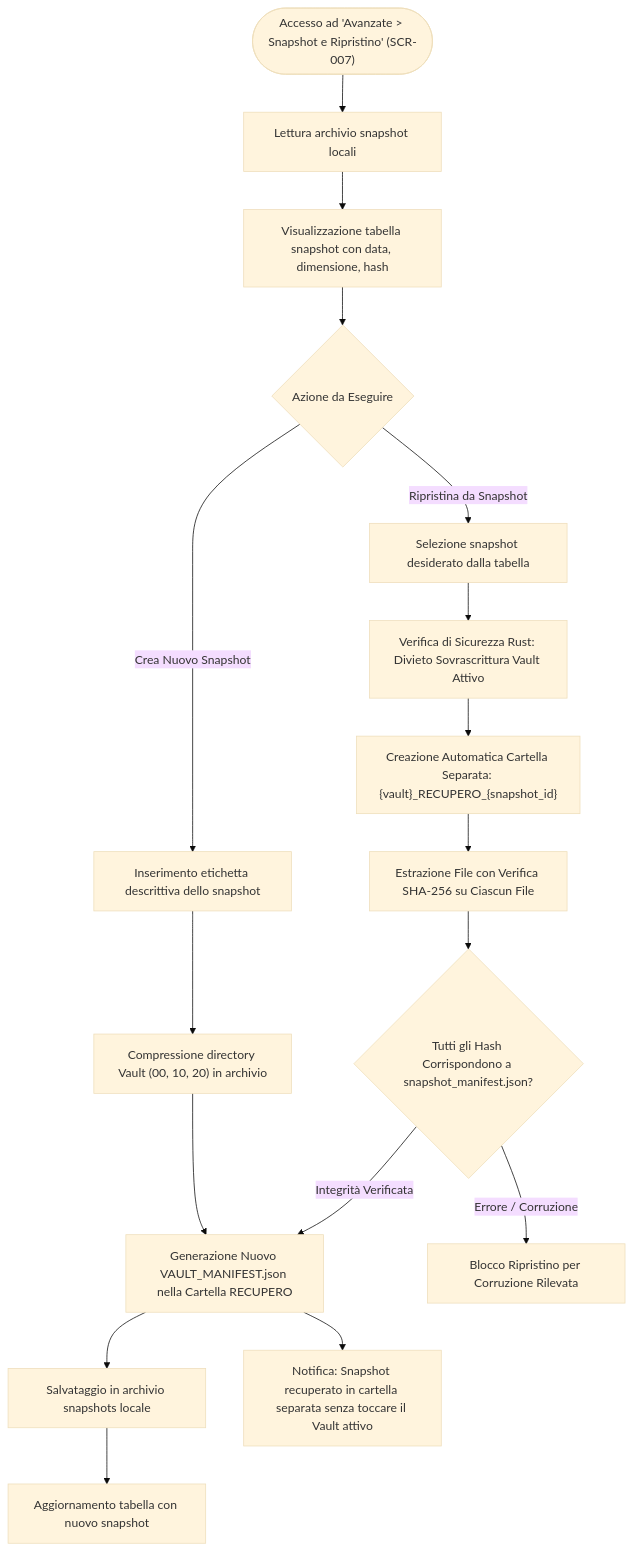
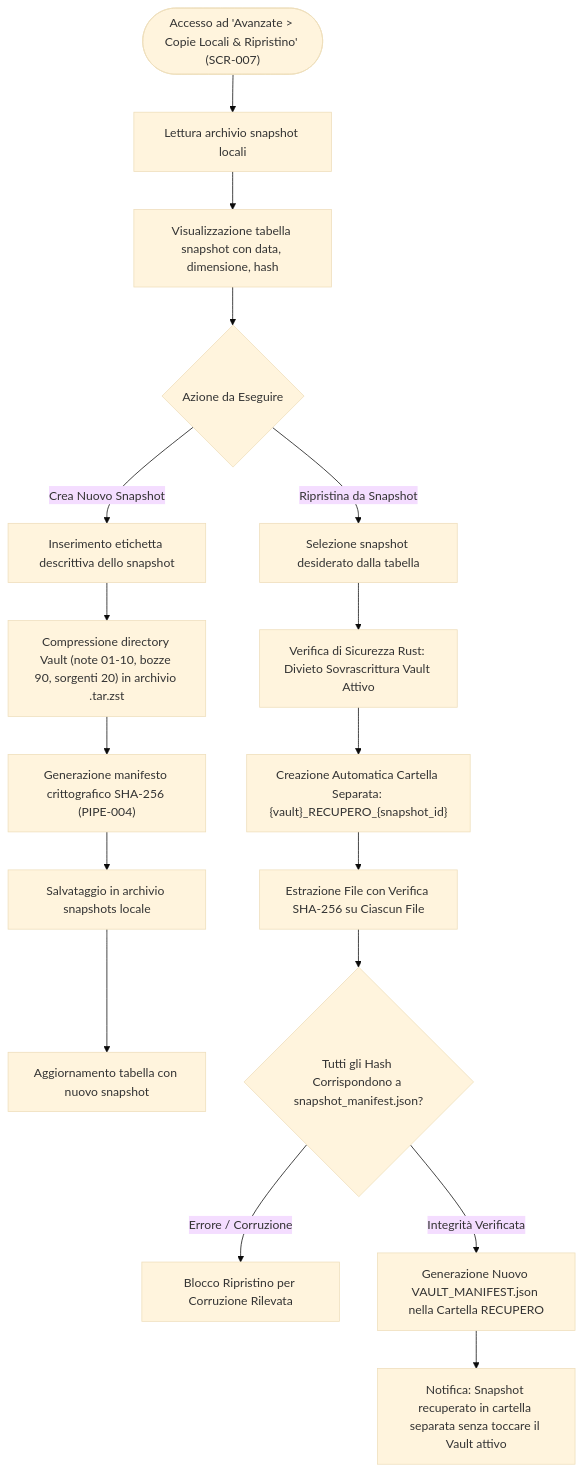
Before and after one commit to Arkai-Italia/Limen-vault: the diagram in DOCUMENTATION_SOURCE_PACKAGE/04_MERMAID/WF-007.mmd, drawn with Mermaid (base theme). The commit also changed 25 other files, not shown here.

```diff
--- a/DOCUMENTATION_SOURCE_PACKAGE/04_MERMAID/WF-007.mmd
+++ b/DOCUMENTATION_SOURCE_PACKAGE/04_MERMAID/WF-007.mmd
@@ -1,20 +1,20 @@
 graph TD
-    Trigger(["Accesso ad 'Avanzate > Snapshot e Ripristino' (SCR-007)"]) --> FetchSnapshots["Lettura archivio snapshot locali"]
+    Trigger(["Accesso ad 'Avanzate > Copie Locali & Ripristino' (SCR-007)"]) --> FetchSnapshots["Lettura archivio snapshot locali"]
     FetchSnapshots --> DisplaySnapshots["Visualizzazione tabella snapshot con data, dimensione, hash"]
 
     DisplaySnapshots --> Choice{"Azione da Eseguire"}
 
     Choice -->|Crea Nuovo Snapshot| InputName["Inserimento etichetta descrittiva dello snapshot"]
-    InputName --> PackVault["Compressione directory Vault (00, 10, 20) in archivio"]
+    InputName --> PackVault["Compressione directory Vault (note 01-10, bozze 90, sorgenti 20) in archivio .tar.zst"]
     PackVault --> GenManifest["Generazione manifesto crittografico SHA-256 (PIPE-004)"]
     GenManifest --> SaveArchive["Salvataggio in archivio snapshots locale"]
     SaveArchive --> RefreshList["Aggiornamento tabella con nuovo snapshot"]
 
     Choice -->|Ripristina da Snapshot| SelectSnapshot["Selezione snapshot desiderato dalla tabella"]
     SelectSnapshot --> SafetyCheck["Verifica di Sicurezza Rust: Divieto Sovrascrittura Vault Attivo"]
     SafetyCheck --> CreateDestDir["Creazione Automatica Cartella Separata: {vault}_RECUPERO_{snapshot_id}"]
     CreateDestDir --> ExtractFiles["Estrazione File con Verifica SHA-256 su Ciascun File"]
     ExtractFiles --> VerifyHashes{"Tutti gli Hash Corrispondono a snapshot_manifest.json?"}
     VerifyHashes -->|Errore / Corruzione| AbortRestore["Blocco Ripristino per Corruzione Rilevata"]
-    VerifyHashes -->|Integrità Verificata| GenManifest["Generazione Nuovo VAULT_MANIFEST.json nella Cartella RECUPERO"]
-    GenManifest --> SuccessToast["Notifica: Snapshot recuperato in cartella separata senza toccare il Vault attivo"]
+    VerifyHashes -->|Integrità Verificata| GenRecuperoManifest["Generazione Nuovo VAULT_MANIFEST.json nella Cartella RECUPERO"]
+    GenRecuperoManifest --> SuccessToast["Notifica: Snapshot recuperato in cartella separata senza toccare il Vault attivo"]
```
